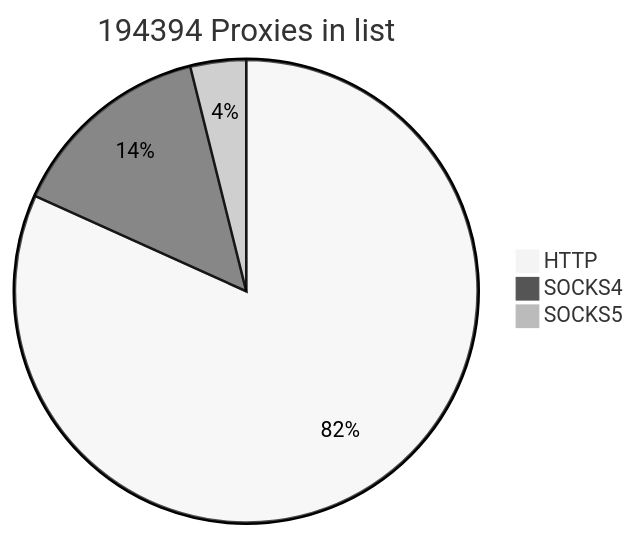
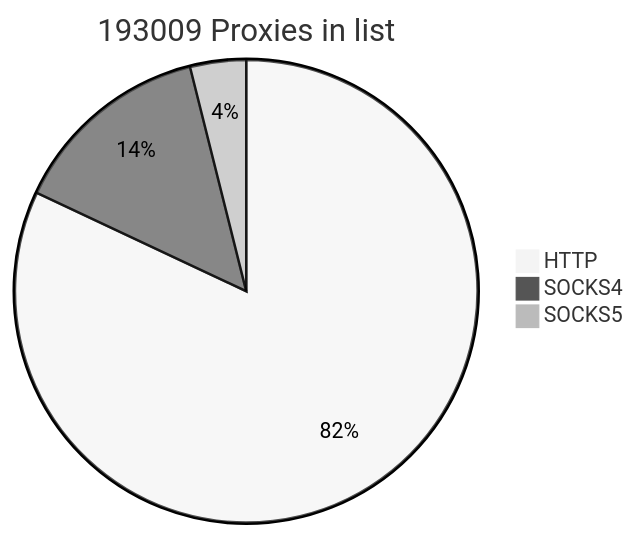
One commit to cutipu/proxylist changed the first of 2 diagrams in README.md. Above: the diagram before and after it, drawn with Mermaid (neutral theme). The commit also changed other lines of this file, not shown here.

````diff
--- a/README.md
+++ b/README.md
@@ -2,7 +2,7 @@
 ```mermaid
-pie title 194394 Proxies in list
-    "HTTP" : 158925
-    "SOCKS4" : 27908
-    "SOCKS5" : 7561
+pie title 193009 Proxies in list
+    "HTTP" : 158245
+    "SOCKS4" : 27219
+    "SOCKS5" : 7545
             
 ```
````
